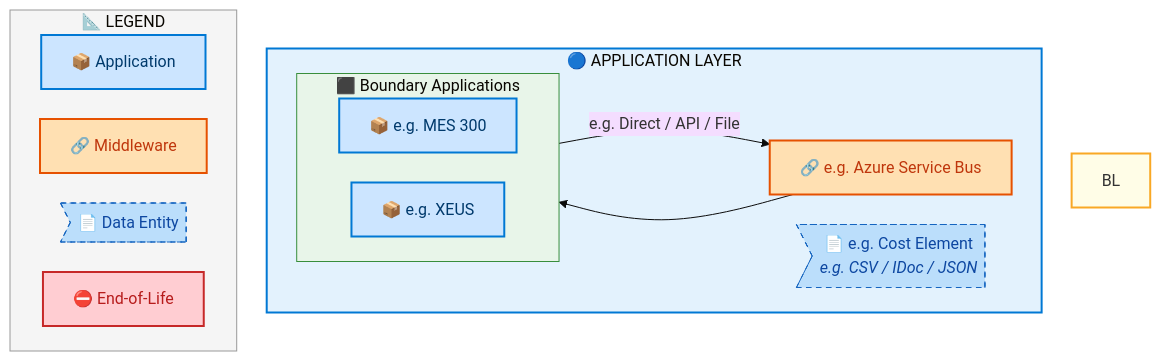
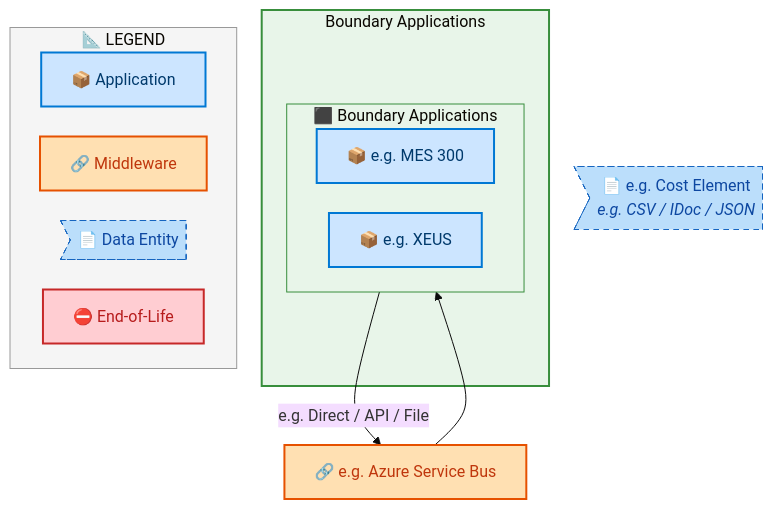
One commit to sajivfrancis777/IAO-Architecture changed diagram 12 of 15 in towers/E2E/Forecast to Stock/E2E-68/output/docs/systems-architecture/E2E-68-Architecture.md. Above: the diagram before and after it, drawn with Mermaid. The commit also changed other lines of this file and 106 other files, not shown here.

First line of the commit message:
feat: tier-grouped swim lane layout for architecture diagrams

````diff
--- a/towers/E2E/Forecast to Stock/E2E-68/output/docs/systems-architecture/E2E-68-Architecture.md
+++ b/towers/E2E/Forecast to Stock/E2E-68/output/docs/systems-architecture/E2E-68-Architecture.md
@@ -1342,41 +1342,40 @@
 ```mermaid
 %%{init: {"theme": "base", "securityLevel": "loose", "themeVariables": {"fontSize": "16px", "fontFamily": "Segoe UI, Arial, sans-serif"}, "flowchart": {"useMaxWidth": false, "htmlLabels": true, "nodeSpacing": 30, "rankSpacing": 35}} }%%
 flowchart TB
     %% -- ArchiMate 3.2 + Azure style classes --
     classDef business      fill:#FFFFB3,stroke:#F9A825,stroke-width:2px,color:#000
     classDef app           fill:#CCE5FF,stroke:#0078D4,stroke-width:2px,color:#003A6C
     classDef data          fill:#BBDEFB,stroke:#1565C0,stroke-width:1px,color:#0D47A1,stroke-dasharray: 5 5
     classDef middleware    fill:#FFE0B2,stroke:#E65100,stroke-width:2px,color:#BF360C
     classDef eol           fill:#FFCDD2,stroke:#C62828,stroke-width:2px,color:#B71C1C
     classDef saas          fill:#E1BEE7,stroke:#7B1FA2,stroke-width:2px,color:#4A148C
     classDef cloud         fill:#BBDEFB,stroke:#1565C0,stroke-width:2px,color:#0D47A1
     classDef onprem        fill:#C8E6C9,stroke:#2E7D32,stroke-width:2px,color:#1B5E20
 
-    subgraph AL["🔵 APPLICATION LAYER"]
+    subgraph E2E68CT_Boundary_Applications["Boundary Applications"]
         subgraph E2E68CLN_Boundary_Applications[" ⬛ Boundary Applications"]
             direction LR
             E2E68C_e_g_MES_300["📦 e.g. MES 300"]:::app
             E2E68C_e_g_XEUS["📦 e.g. XEUS"]:::app
         end
-        E2E68CMW_e_g_Azure_Service_Bus["🔗 e.g. Azure Service Bus"]:::middleware
-        E2E68CDE_e_g_Cost_Element>"📄 e.g. Cost Element<br/><i>e.g. CSV / IDoc / JSON</i>"]:::data
     end
+
+    E2E68CMW_e_g_Azure_Service_Bus["🔗 e.g. Azure Service Bus"]:::middleware
+    E2E68CDE_e_g_Cost_Element>"📄 e.g. Cost Element<br/><i>e.g. CSV / IDoc / JSON</i>"]:::data
 
     E2E68C_e_g_MES_300 -->|"e.g. Direct / API / File"| E2E68CMW_e_g_Azure_Service_Bus
     E2E68CMW_e_g_Azure_Service_Bus --> E2E68C_e_g_XEUS
 
 
-    style BL fill:#FFFDE7,stroke:#F9A825,stroke-width:2px
-    style AL fill:#E3F2FD,stroke:#0078D4,stroke-width:2px
-
+    style E2E68CT_Boundary_Applications fill:#E8F5E9,stroke:#388E3C,stroke-width:2px
     style E2E68CLN_Boundary_Applications fill:#E8F5E9,stroke:#388E3C,stroke-width:1px
 
     subgraph Legend["📐 LEGEND"]
         direction LR
         L_APP["📦 Application"]:::app
         L_MW["🔗 Middleware"]:::middleware
         L_DE>"📄 Data Entity"]:::data
         L_EOL["⛔ End-of-Life"]:::eol
     end
     style Legend fill:#F5F5F5,stroke:#999,stroke-width:1px
 ```
````
